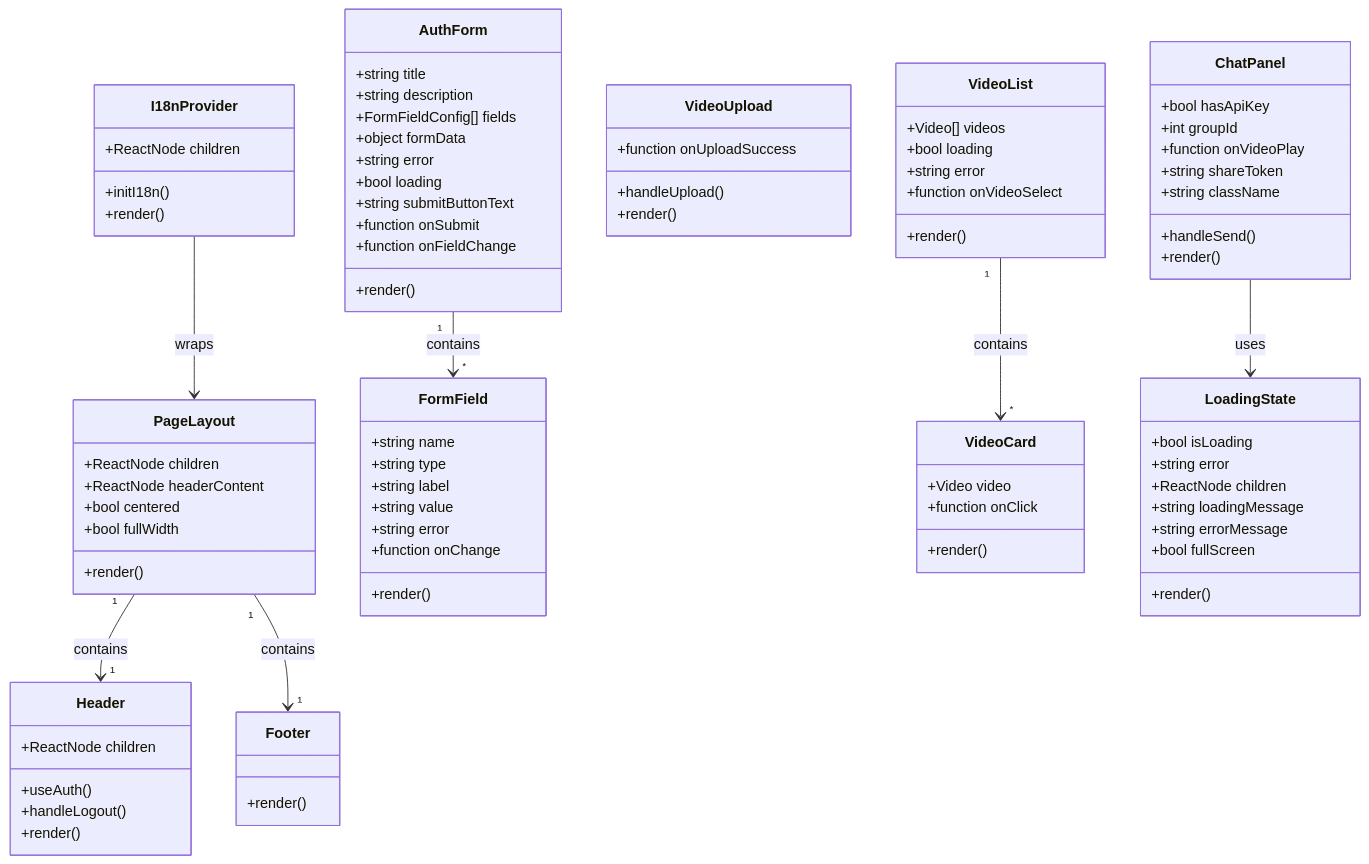
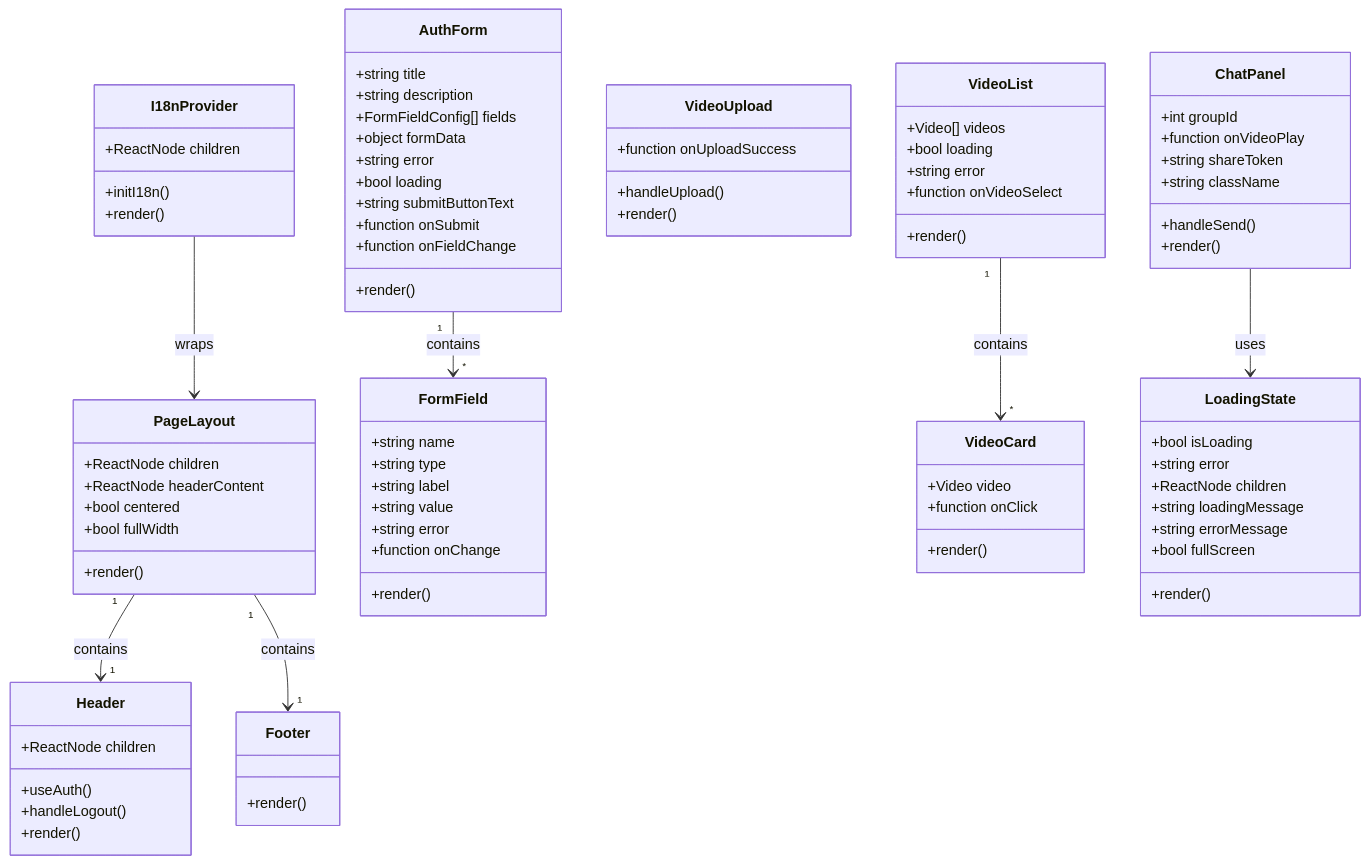
One commit to yukiharada1228/videoq changed the second of 3 diagrams in docs/design/class-diagram.md. Above: the diagram before and after it, drawn with Mermaid. The commit also changed other lines of this file and 2 other files, not shown here.

First line of the commit message:
Update documentation for OpenAI API key and Whisper usage tracking

```diff
--- a/docs/design/class-diagram.md
+++ b/docs/design/class-diagram.md
@@ -160,7 +160,6 @@
     }
     
     class ChatPanel {
-        +bool hasApiKey
         +int groupId
         +function onVideoPlay
         +string shareToken
```
